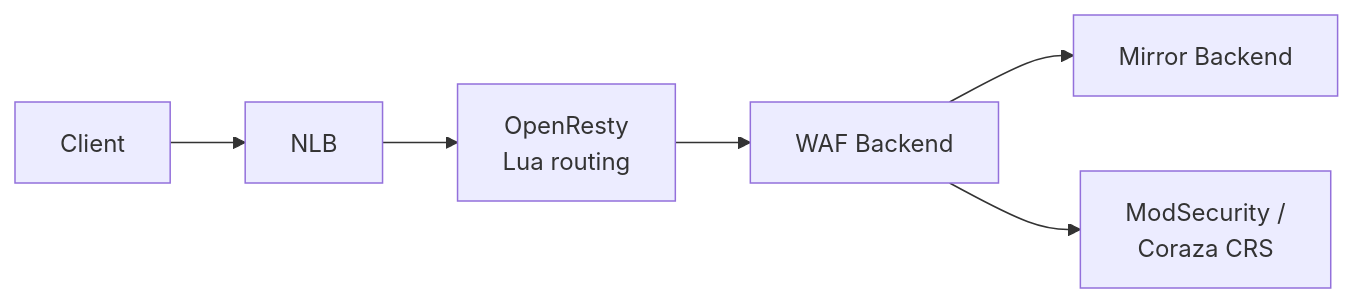
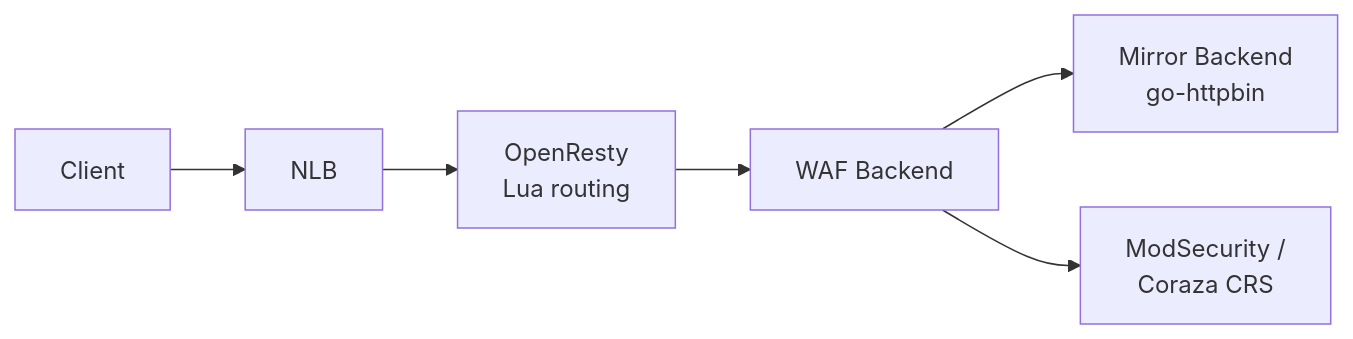
The diagram in content/6-development/6-4-using-the-crs-sandbox.md (coreruleset/documentation), drawn with Mermaid before and after one commit. The commit also changed other lines of this file, not shown here.

````diff
--- a/content/6-development/6-4-using-the-crs-sandbox.md
+++ b/content/6-development/6-4-using-the-crs-sandbox.md
@@ -292,8 +361,8 @@
 ```mermaid
 graph LR
   Client --> NLB[NLB]
   NLB --> OpenResty[OpenResty<br>Lua routing]
   OpenResty --> WAF[WAF Backend]
-  WAF --> Mirror[Mirror Backend]
+  WAF --> Mirror[Mirror Backend<br>go-httpbin]
   WAF --> CRS[ModSecurity /<br>Coraza CRS]
 ```
````
